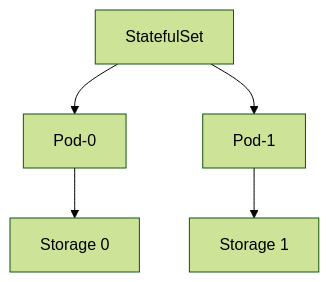
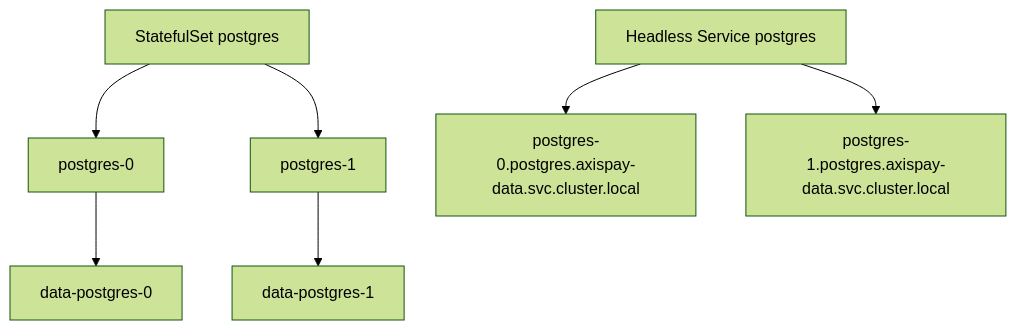
One commit to kumbulanit/kubernetescompr changed the diagram in days/day3/labs/L3.6-statefulsets/README.md. Above: the diagram before and after it, drawn with Mermaid (forest theme). The commit also changed other lines of this file and 26 other files, not shown here.

````diff
--- a/days/day3/labs/L3.6-statefulsets/README.md
+++ b/days/day3/labs/L3.6-statefulsets/README.md
@@ -12,7 +33,9 @@
 ```mermaid
 flowchart TD
-  StatefulSet[StatefulSet] --> Pod1[Pod-0]
-  StatefulSet --> Pod2[Pod-1]
-  Pod1 --> Storage1[Storage 0]
-  Pod2 --> Storage2[Storage 1]
+  STS[StatefulSet postgres] --> P0[postgres-0]
+  STS --> P1[postgres-1]
+  SVC[Headless Service postgres] --> DNS0[postgres-0.postgres.axispay-data.svc.cluster.local]
+  SVC --> DNS1[postgres-1.postgres.axispay-data.svc.cluster.local]
+  P0 --> PVC0[data-postgres-0]
+  P1 --> PVC1[data-postgres-1]
 ```
````
